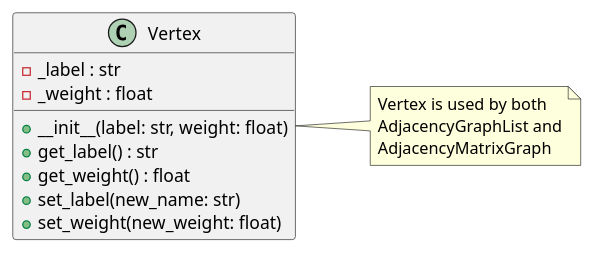
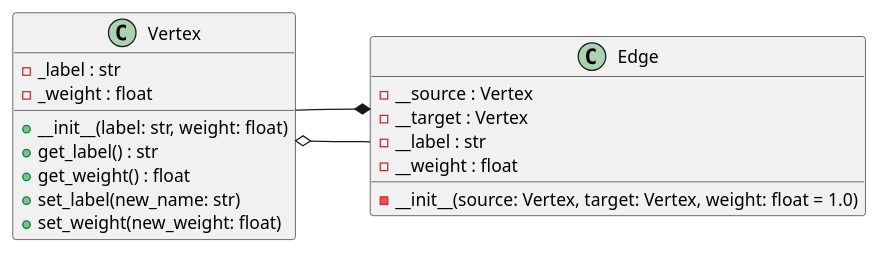
One commit to BGLuis/Trabalho-pratico-grafos changed the diagram in docs/class/base.puml. Above: the diagram before and after it, drawn with PlantUML. The commit also changed 10 other files, not shown here.

Commit message:
docs: class diagrams

```diff
--- a/docs/class/base.puml
+++ b/docs/class/base.puml
@@ -1,21 +1,27 @@
-@startuml base-classes
+@startuml base-class-diagram
 
 left to right direction
 
 class Vertex {
     - _label : str
     - _weight : float
     + __init__(label: str, weight: float)
     + get_label() : str
     + get_weight() : float
     + set_label(new_name: str)
     + set_weight(new_weight: float)
 }
 
-note right of Vertex
-  Vertex is used by both
-  AdjacencyGraphList and
-  AdjacencyMatrixGraph
-end note
+class Edge {
+    - __init__(source: Vertex, target: Vertex, weight: float = 1.0)
+
+    - __source : Vertex
+    - __target : Vertex
+    - __label : str
+    - __weight : float
+}
+
+Vertex o-- Edge
+Edge *-- Vertex
 
 @enduml
```
